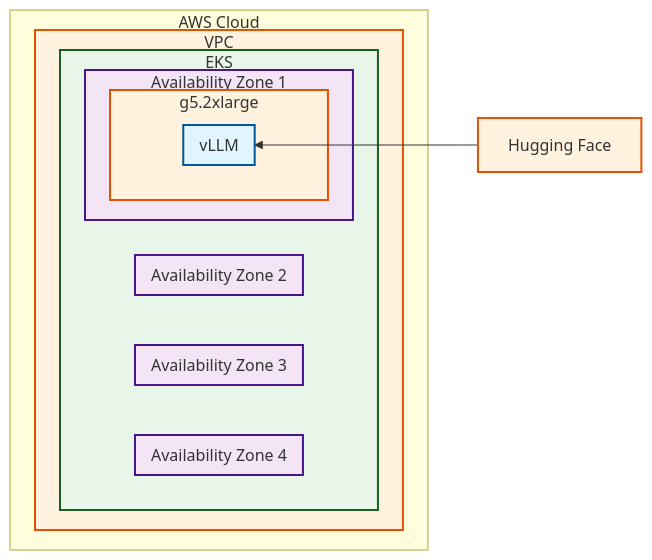
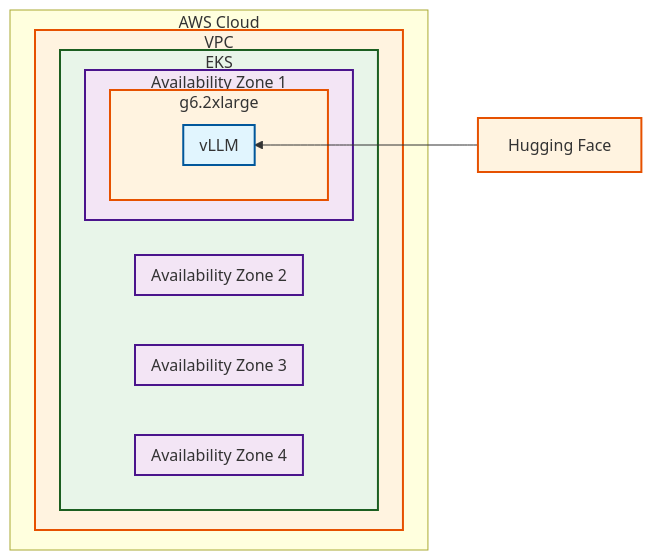
The diagram in website/docs/blueprints/inference/ai/llm/model-identification.md (omrishiv/ai-on-eks), drawn with Mermaid before and after one commit. The commit also changed other lines of this file, not shown here.

````diff
--- a/website/docs/blueprints/inference/ai/llm/model-identification.md
+++ b/website/docs/blueprints/inference/ai/llm/model-identification.md
@@ -32,44 +32,44 @@
 ```mermaid
 flowchart RL
     subgraph AWSCloud["AWS Cloud"]
         VPC["VPC"]
     end
     subgraph VPC["VPC"]
         EKS["EKS"]
     end
     subgraph AZ1["Availability Zone 1"]
         instance
     end
     subgraph AZ4["Availability Zone 4"]
     end
 
     subgraph AZ3["Availability Zone 3"]
     end
     subgraph AZ2["Availability Zone 2"]
     end
     subgraph EKS["EKS"]
         AZ1
         AZ2
         AZ3
         AZ4
     end
-    subgraph instance["g5.2xlarge"]
+    subgraph instance["g6.2xlarge"]
         vllm
     end
     subgraph vllm["vLLM"]
     end
     HF["Hugging Face"] --> vllm
     EKS:::eks
     vllm:::pod
     instance:::node
     AZ1:::az
     AZ2:::az
     AZ3:::az
     AZ4:::az
     VPC:::node
     classDef pod fill: #e1f5fe, stroke: #01579b, stroke-width: 2px
     classDef node fill: #fff3e0, stroke: #e65100, stroke-width: 2px
     classDef az fill: #f3e5f5, stroke: #4a148c, stroke-width: 2px
     classDef eks fill: #e8f5e9, stroke: #1b5e20, stroke-width: 2px
 
 ```
````
